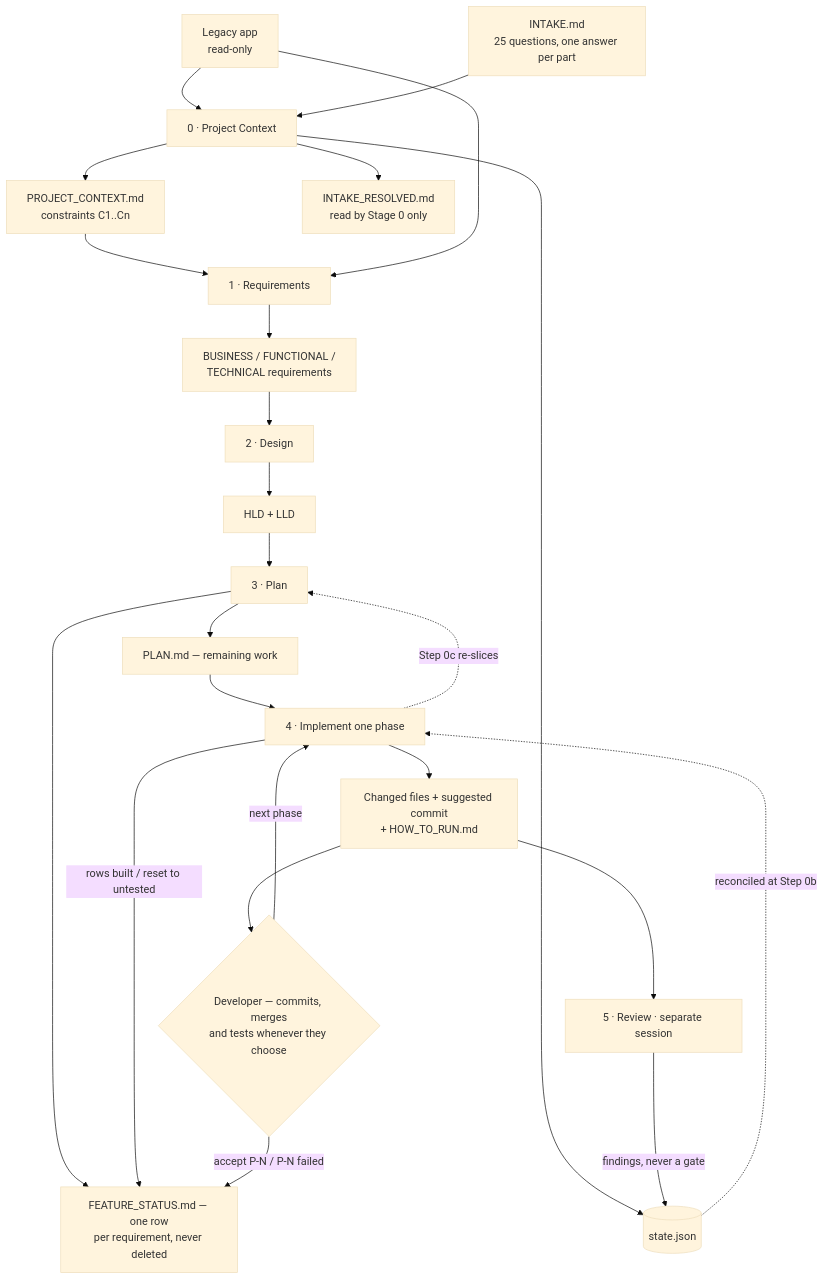
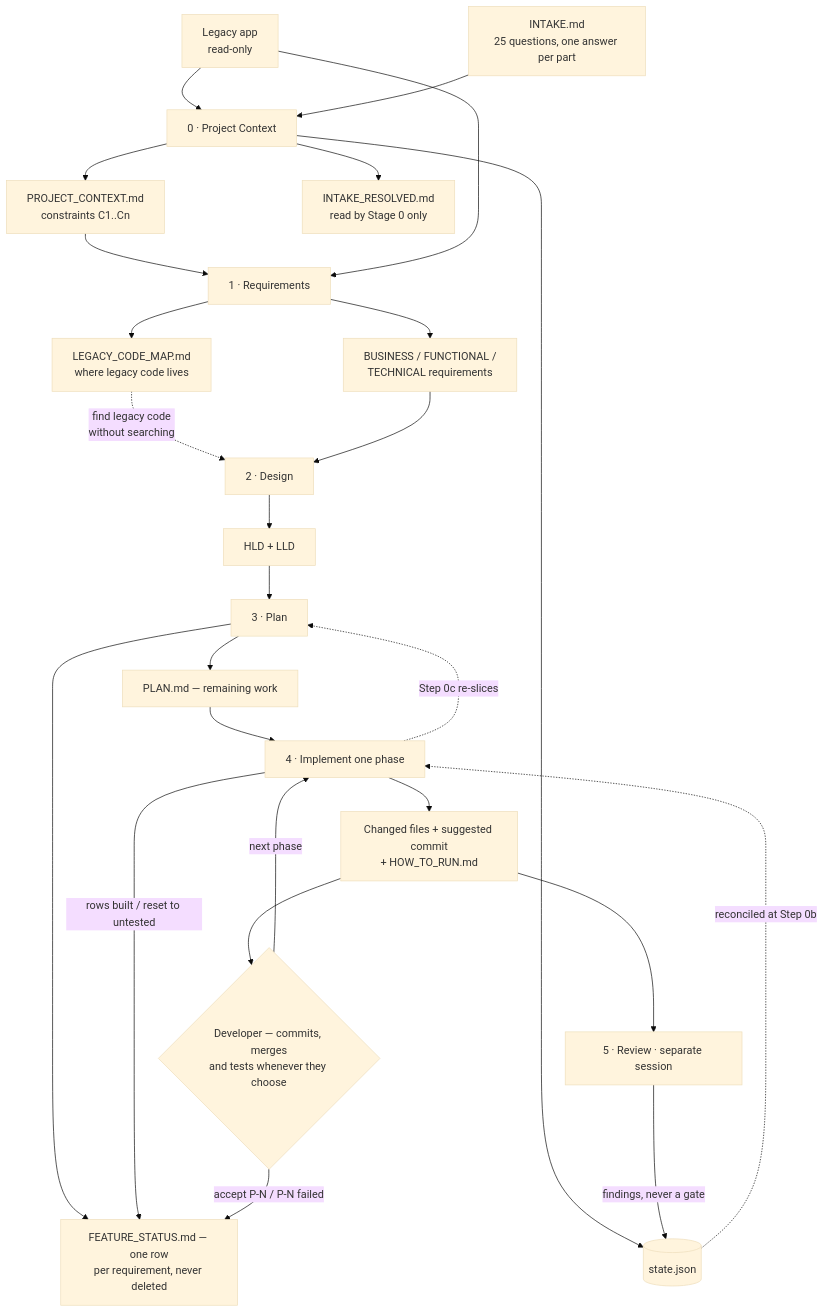
Before and after one commit to Mabeesha/AppModernizationHarness: the first of 4 diagrams in docs/DESIGN.md, drawn with Mermaid (base theme). The commit also changed other lines of this file and 16 other files, not shown here.

First line of the commit message:
Add a legacy code map so stages find legacy code without searching

````diff
--- a/docs/DESIGN.md
+++ b/docs/DESIGN.md
@@ -39,26 +40,28 @@
 ```mermaid
 flowchart TD
     L[Legacy app<br/>read-only] --> S0
     I[INTAKE.md<br/>25 questions, one answer per part] --> S0[0 · Project Context]
     S0 --> PC[PROJECT_CONTEXT.md<br/>constraints C1..Cn]
     S0 --> ST[(state.json)]
     S0 --> IR[INTAKE_RESOLVED.md<br/>read by Stage 0 only]
     PC --> S1[1 · Requirements]
     L --> S1
     S1 --> REQ[BUSINESS / FUNCTIONAL /<br/>TECHNICAL requirements]
+    S1 --> CM[LEGACY_CODE_MAP.md<br/>where legacy code lives]
+    CM -.->|find legacy code<br/>without searching| S2
     REQ --> S2[2 · Design]
     S2 --> D[HLD + LLD]
     D --> S3[3 · Plan]
     S3 --> PL[PLAN.md — remaining work]
     S3 --> FS[FEATURE_STATUS.md — one row<br/>per requirement, never deleted]
     PL --> S4[4 · Implement one phase]
     S4 --> HO[Changed files + suggested commit<br/>+ HOW_TO_RUN.md]
     S4 -->|rows built / reset to untested| FS
     HO --> DEV{Developer — commits, merges<br/>and tests whenever they choose}
     DEV -- next phase --> S4
     DEV -- accept P-N / P-N failed --> FS
     S4 -.->|Step 0c re-slices| S3
     HO --> S5[5 · Review · separate session]
     S5 -->|findings, never a gate| ST
     ST -.->|reconciled at Step 0b| S4
 ```
````
